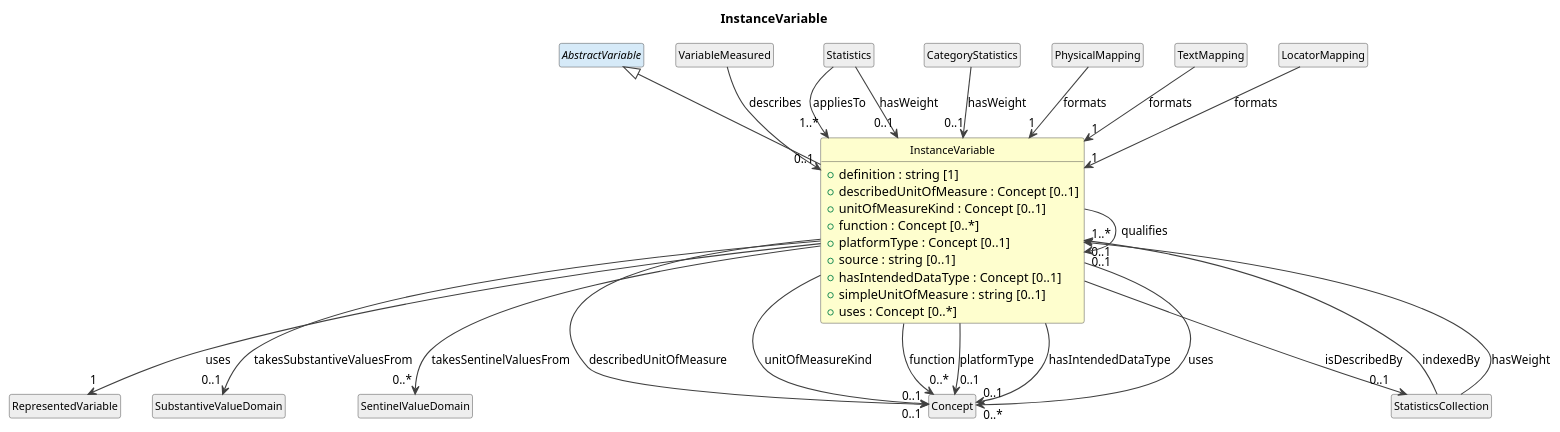
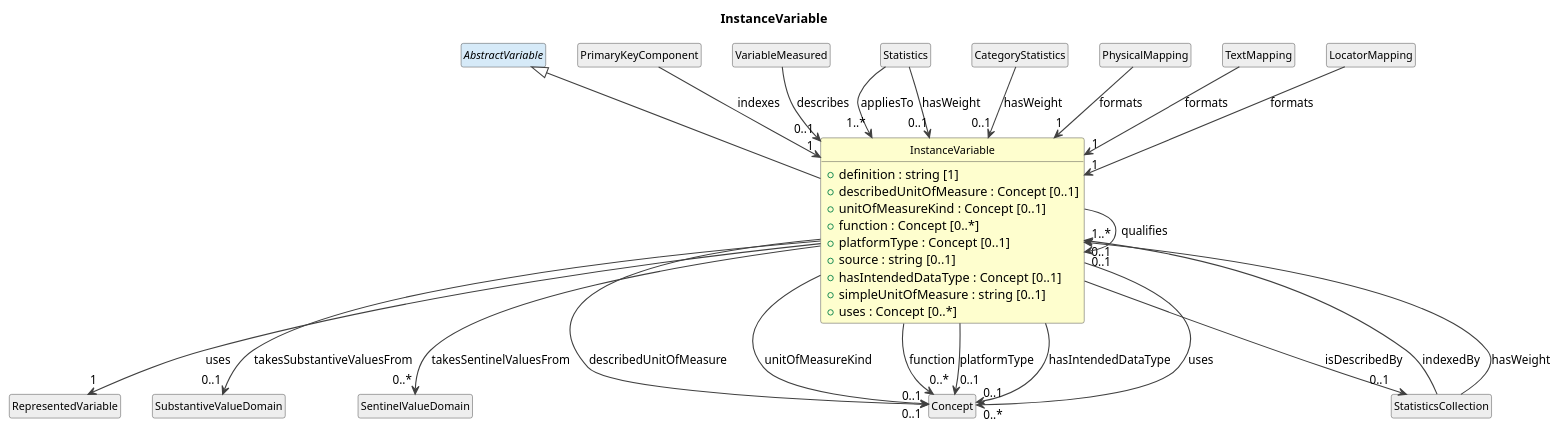
One commit to Cross-Domain-Interoperability-Framework/metadataBuildingBlocks changed the diagram in cdif-uml-model/CDIFDataStructure/Classes/InstanceVariable.pu. Above: the diagram before and after it, drawn with PlantUML. The commit also changed 55 other files, not shown here.

```diff
--- a/cdif-uml-model/CDIFDataStructure/Classes/InstanceVariable.pu
+++ b/cdif-uml-model/CDIFDataStructure/Classes/InstanceVariable.pu
@@ -1,58 +1,60 @@
 @startuml
 title InstanceVariable
 hide circle
 hide empty members
 skinparam shadowing false
 skinparam ArrowThickness 1.2
 skinparam class {
   ArrowColor #404040
   BorderColor #404040
   FontSize 12
 }
 
 class "InstanceVariable" as InstanceVariable #FEFECE {
   +definition : string [1]
   +describedUnitOfMeasure : Concept [0..1]
   +unitOfMeasureKind : Concept [0..1]
   +function : Concept [0..*]
   +platformType : Concept [0..1]
   +source : string [0..1]
   +hasIntendedDataType : Concept [0..1]
   +simpleUnitOfMeasure : string [0..1]
   +uses : Concept [0..*]
 }
 abstract class "AbstractVariable" as AbstractVariable #D6EAF8
 AbstractVariable <|-- InstanceVariable
+class "PrimaryKeyComponent" as PrimaryKeyComponent #EEEEEE
+PrimaryKeyComponent --> "1" InstanceVariable : indexes
 class "RepresentedVariable" as RepresentedVariable #EEEEEE
 InstanceVariable --> "1" RepresentedVariable : uses
 class "StatisticsCollection" as StatisticsCollection #EEEEEE
 InstanceVariable --> "0..1" StatisticsCollection : isDescribedBy
 InstanceVariable --> "0..1" InstanceVariable : qualifies
 class "SubstantiveValueDomain" as SubstantiveValueDomain #EEEEEE
 InstanceVariable --> "0..1" SubstantiveValueDomain : takesSubstantiveValuesFrom
 class "SentinelValueDomain" as SentinelValueDomain #EEEEEE
 InstanceVariable --> "0..*" SentinelValueDomain : takesSentinelValuesFrom
 class "VariableMeasured" as VariableMeasured #EEEEEE
 VariableMeasured --> "0..1" InstanceVariable : describes
 class "Statistics" as Statistics #EEEEEE
 Statistics --> "1..*" InstanceVariable : appliesTo
 Statistics --> "0..1" InstanceVariable : hasWeight
 class "CategoryStatistics" as CategoryStatistics #EEEEEE
 CategoryStatistics --> "0..1" InstanceVariable : hasWeight
 StatisticsCollection --> "1..*" InstanceVariable : indexedBy
 StatisticsCollection --> "0..1" InstanceVariable : hasWeight
 class "PhysicalMapping" as PhysicalMapping #EEEEEE
 PhysicalMapping --> "1" InstanceVariable : formats
 class "TextMapping" as TextMapping #EEEEEE
 TextMapping --> "1" InstanceVariable : formats
 class "LocatorMapping" as LocatorMapping #EEEEEE
 LocatorMapping --> "1" InstanceVariable : formats
 class "Concept" as Concept #EEEEEE
 InstanceVariable --> "0..1" Concept : describedUnitOfMeasure
 InstanceVariable --> "0..1" Concept : unitOfMeasureKind
 InstanceVariable --> "0..*" Concept : function
 InstanceVariable --> "0..1" Concept : platformType
 InstanceVariable --> "0..1" Concept : hasIntendedDataType
 InstanceVariable --> "0..*" Concept : uses
 
 @enduml
```
